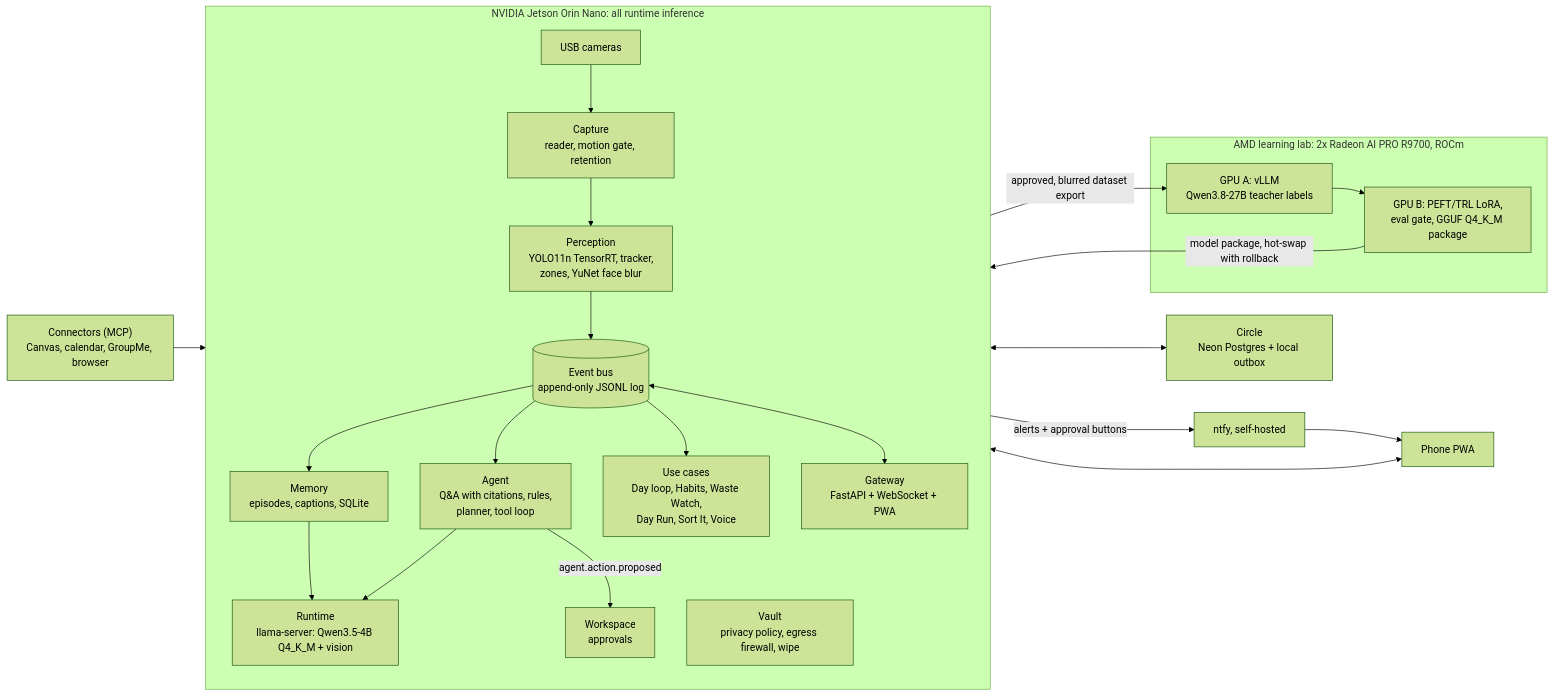
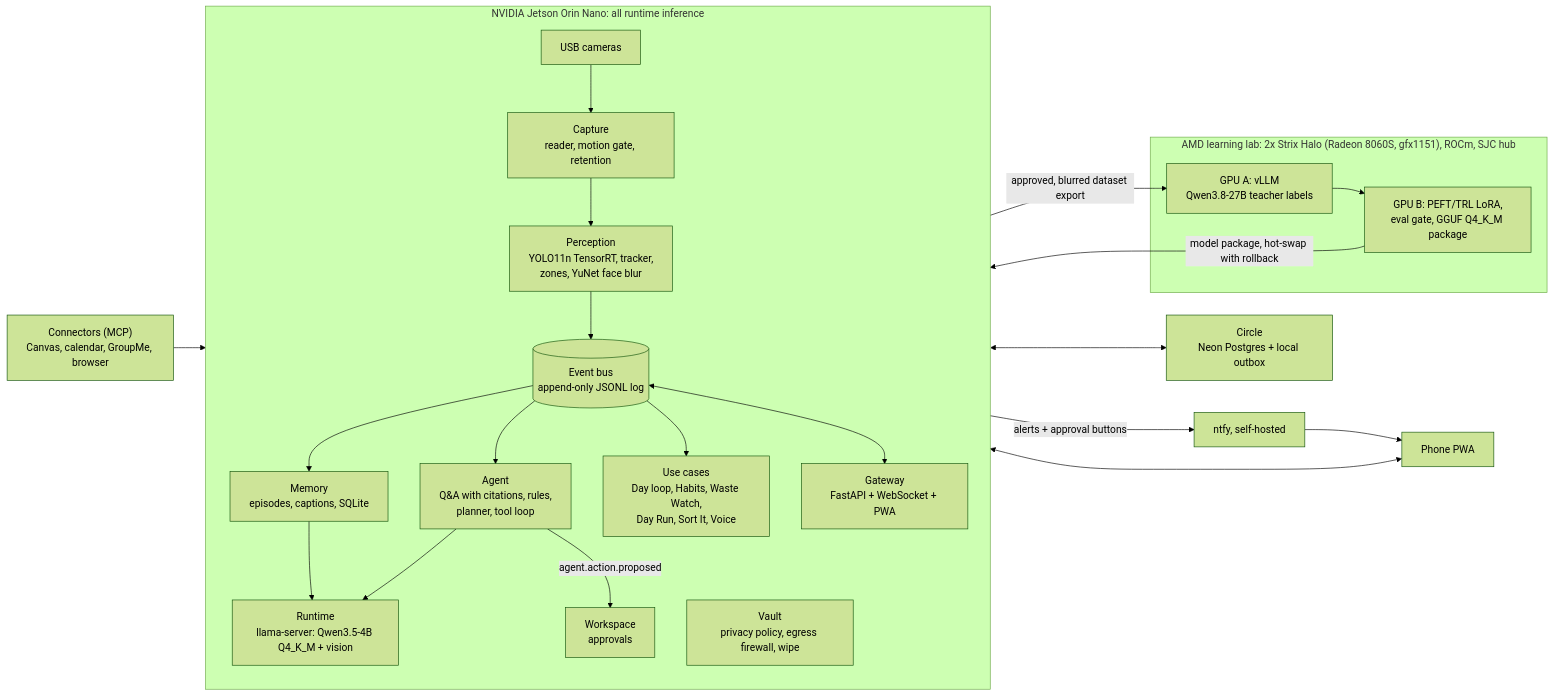
The diagram in README.md (raohemdutt/Knighthacks26), drawn with Mermaid (forest theme) before and after one commit. The commit also changed other lines of this file and 3 other files, not shown here.

First line of the commit message:
Retarget the lab docs to the Strix Halo pods on SJC

````diff
--- a/README.md
+++ b/README.md
@@ -38,32 +38,32 @@
 ```mermaid
 flowchart LR
   subgraph Box["NVIDIA Jetson Orin Nano: all runtime inference"]
     direction TB
     Cam["USB cameras"] --> Capture["Capture<br/>reader, motion gate, retention"]
     Capture --> Perception["Perception<br/>YOLO11n TensorRT, tracker,<br/>zones, YuNet face blur"]
     Perception --> Bus[("Event bus<br/>append-only JSONL log")]
     Bus --> Memory["Memory<br/>episodes, captions, SQLite"]
     Bus --> Agent["Agent<br/>Q&A with citations, rules,<br/>planner, tool loop"]
     Agent --> Runtime["Runtime<br/>llama-server: Qwen3.5-4B Q4_K_M + vision"]
     Memory --> Runtime
     Agent -- "agent.action.proposed" --> Workspace["Workspace<br/>approvals"]
     Bus --> Uses["Use cases<br/>Day loop, Habits, Waste Watch,<br/>Day Run, Sort It, Voice"]
     Vault["Vault<br/>privacy policy, egress firewall, wipe"]
     Gateway["Gateway<br/>FastAPI + WebSocket + PWA"]
     Bus <--> Gateway
   end
 
   Phone["Phone PWA"] <--> Gateway
   Workspace -- "alerts + approval buttons" --> Ntfy["ntfy, self-hosted"] --> Phone
   Connectors["Connectors (MCP)<br/>Canvas, calendar, GroupMe, browser"] --> Bus
   Bus <--> Circle["Circle<br/>Neon Postgres + local outbox"]
 
-  subgraph Lab["AMD learning lab: 2x Radeon AI PRO R9700, ROCm"]
+  subgraph Lab["AMD learning lab: 2x Strix Halo (Radeon 8060S, gfx1151), ROCm, SJC hub"]
     Teacher["GPU A: vLLM<br/>Qwen3.8-27B teacher labels"]
     Trainer["GPU B: PEFT/TRL LoRA,<br/>eval gate, GGUF Q4_K_M package"]
     Teacher --> Trainer
   end
 
   Workspace -- "approved, blurred dataset export" --> Teacher
   Trainer -- "model package, hot-swap with rollback" --> Runtime
 ```
````
